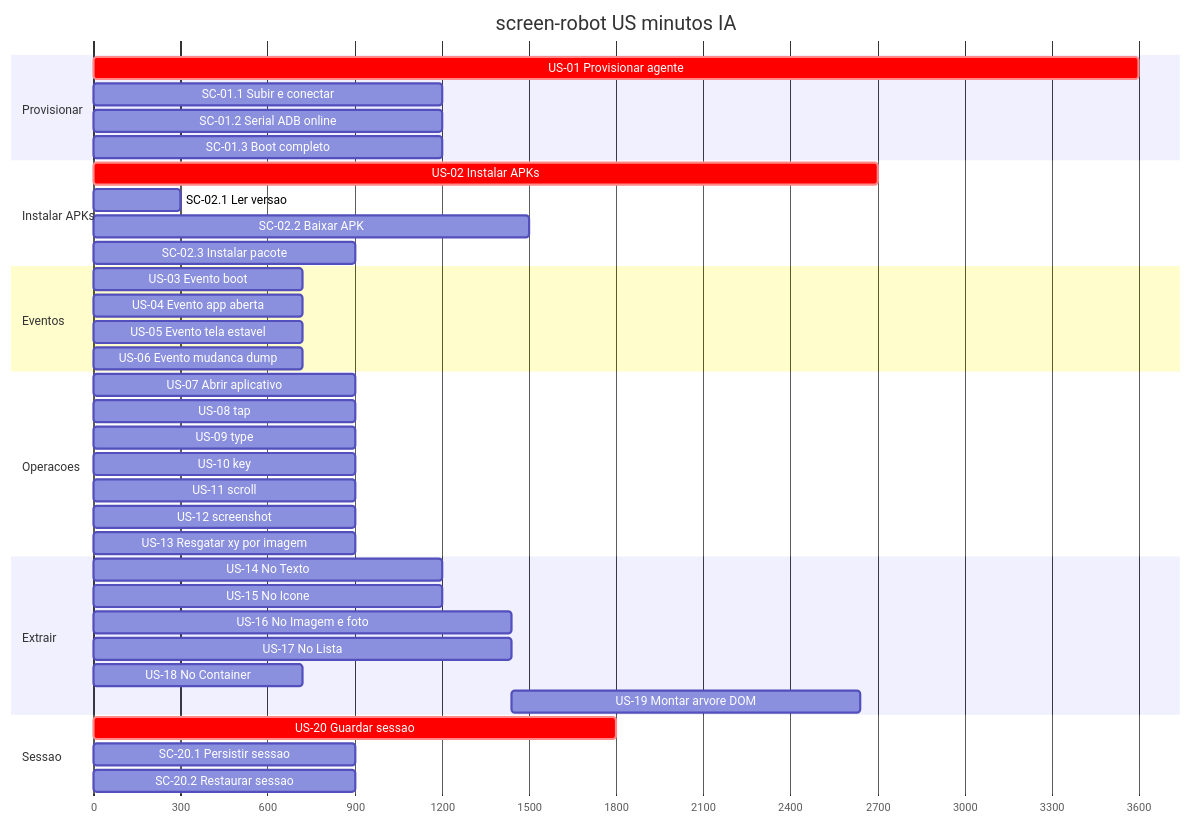
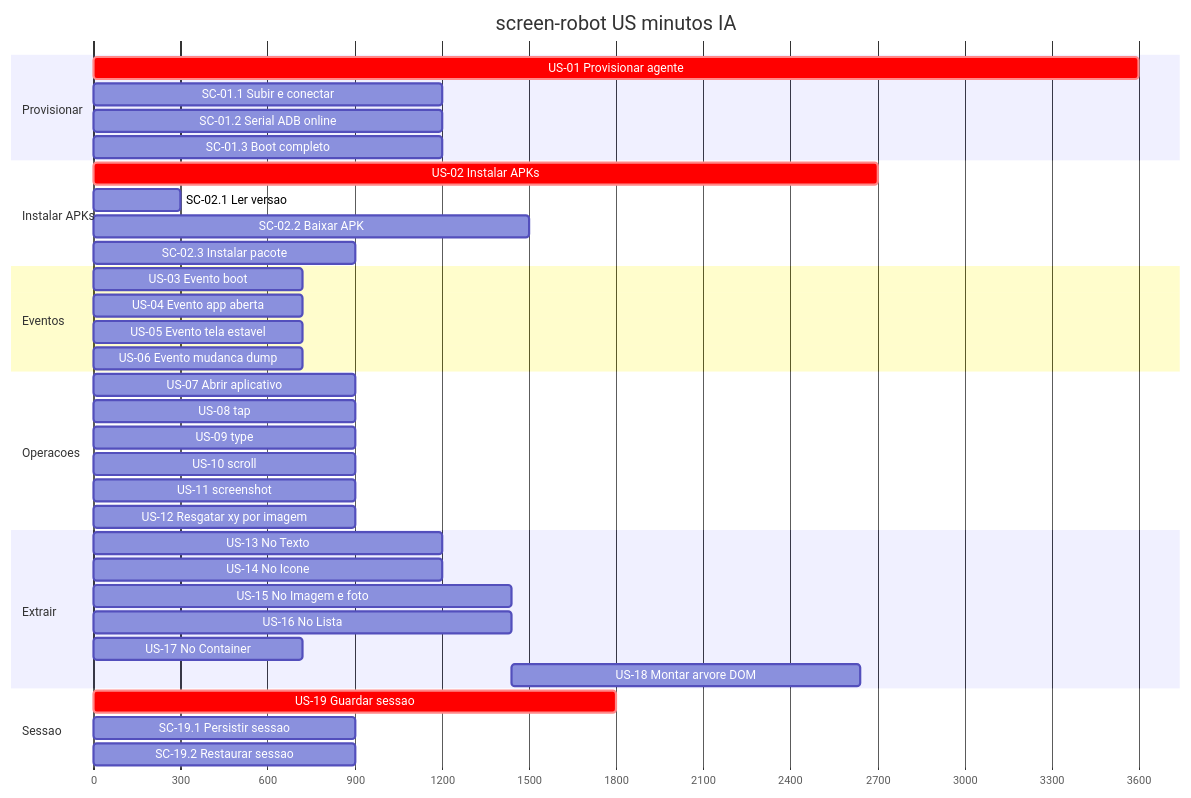
Before and after one commit to laerciogermano/workstation: the first of 2 diagrams in core/tasks/README.md, drawn with Mermaid. The commit also changed other lines of this file and 3 other files, not shown here.

````diff
--- a/core/tasks/README.md
+++ b/core/tasks/README.md
@@ -57,46 +56,45 @@
 ```mermaid
 gantt
   title screen-robot US minutos IA
   dateFormat X
   axisFormat %s
 
   section Provisionar
   US-01 Provisionar agente         :crit, p0, 0, 60m
   SC-01.1 Subir e conectar         :p1, 0, 20m
   SC-01.2 Serial ADB online        :p2, 0, 20m
   SC-01.3 Boot completo            :p3, 0, 20m
 
   section Instalar APKs
   US-02 Instalar APKs              :crit, i0, 0, 45m
   SC-02.1 Ler versao               :i1, 0, 5m
   SC-02.2 Baixar APK               :i2, 0, 25m
   SC-02.3 Instalar pacote          :i3, 0, 15m
 
   section Eventos
   US-03 Evento boot                :e1, 0, 12m
   US-04 Evento app aberta          :e2, 0, 12m
   US-05 Evento tela estavel        :e3, 0, 12m
   US-06 Evento mudanca dump        :e4, 0, 12m
 
   section Operacoes
   US-07 Abrir aplicativo           :o1, 0, 15m
   US-08 tap                        :o2, 0, 15m
   US-09 type                       :o3, 0, 15m
-  US-10 key                        :o4, 0, 15m
-  US-11 scroll                     :o5, 0, 15m
-  US-12 screenshot                 :o6, 0, 15m
-  US-13 Resgatar xy por imagem     :o7, 0, 15m
+  US-10 scroll                     :o4, 0, 15m
+  US-11 screenshot                 :o5, 0, 15m
+  US-12 Resgatar xy por imagem     :o6, 0, 15m
 
   section Extrair
-  US-14 No Texto                   :x1, 0, 20m
-  US-15 No Icone                   :x2, 0, 20m
-  US-16 No Imagem e foto           :x3, 0, 24m
-  US-17 No Lista                   :x4, 0, 24m
-  US-18 No Container               :x5, 0, 12m
-  US-19 Montar arvore DOM          :x6, after x3, 20m
+  US-13 No Texto                   :x1, 0, 20m
+  US-14 No Icone                   :x2, 0, 20m
+  US-15 No Imagem e foto           :x3, 0, 24m
+  US-16 No Lista                   :x4, 0, 24m
+  US-17 No Container               :x5, 0, 12m
+  US-18 Montar arvore DOM          :x6, after x3, 20m
 
   section Sessao
-  US-20 Guardar sessao             :crit, s0, 0, 30m
-  SC-20.1 Persistir sessao         :s1, 0, 15m
-  SC-20.2 Restaurar sessao         :s2, 0, 15m
+  US-19 Guardar sessao             :crit, s0, 0, 30m
+  SC-19.1 Persistir sessao         :s1, 0, 15m
+  SC-19.2 Restaurar sessao         :s2, 0, 15m
 ```
````
